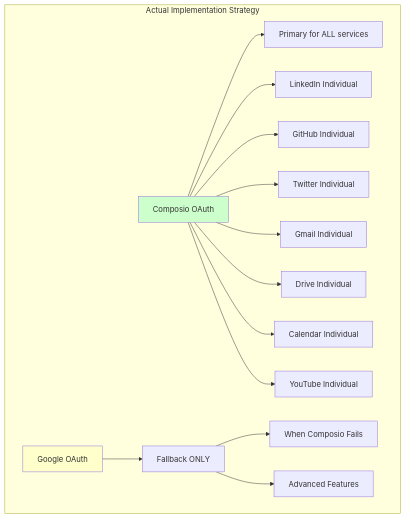
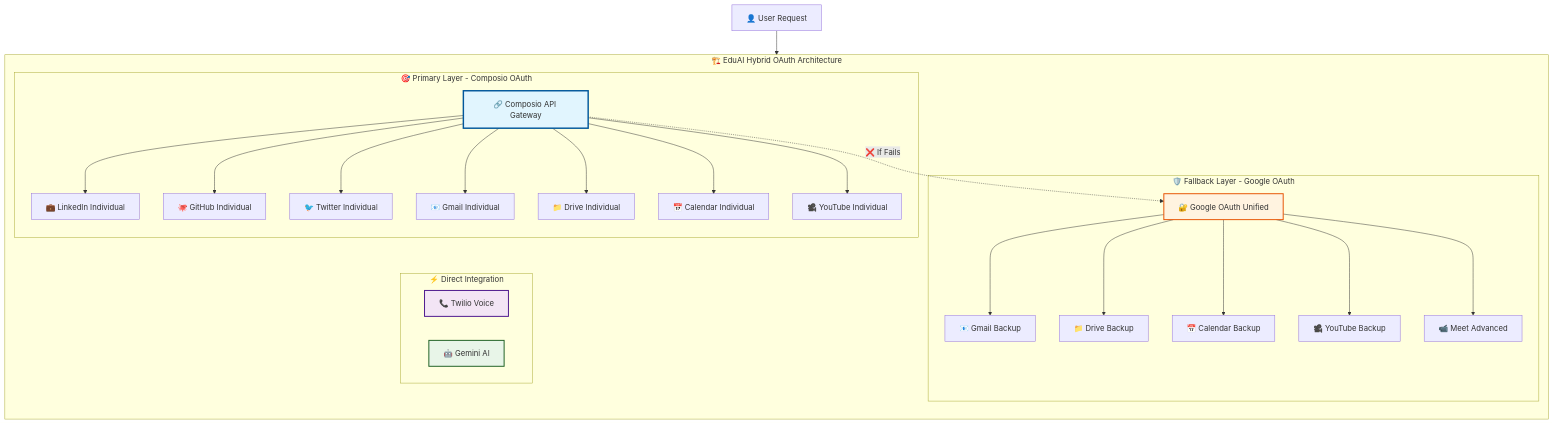
Before and after one commit to abhiabhi150614/learning-recruiter-platform: the third of 15 diagrams in FRICTION_LOG.md, drawn with Mermaid. The commit also changed other lines of this file, not shown here.

````diff
--- a/FRICTION_LOG.md
+++ b/FRICTION_LOG.md
@@ -139,20 +139,39 @@
 ```mermaid
-graph TB
-    subgraph "Actual Implementation Strategy"
-        A[Composio OAuth] --> B[Primary for ALL services]
-        A --> C[LinkedIn Individual]
-        A --> D[GitHub Individual]
-        A --> E[Twitter Individual]
-        A --> F[Gmail Individual]
-        A --> G[Drive Individual]
-        A --> H[Calendar Individual]
-        A --> I[YouTube Individual]
+flowchart TB
+    subgraph "🏗️ EduAI Hybrid OAuth Architecture"
+        direction TB
         
-        J[Google OAuth] --> K[Fallback ONLY]
-        K --> L[When Composio Fails]
-        K --> M[Advanced Features]
+        subgraph "🎯 Primary Layer - Composio OAuth"
+            A["🔗 Composio API Gateway"]
+            A --> B["💼 LinkedIn Individual"]
+            A --> C["🐙 GitHub Individual"]
+            A --> D["🐦 Twitter Individual"]
+            A --> E["📧 Gmail Individual"]
+            A --> F["📁 Drive Individual"]
+            A --> G["📅 Calendar Individual"]
+            A --> H["🎥 YouTube Individual"]
+        end
+        
+        subgraph "🛡️ Fallback Layer - Google OAuth"
+            I["🔐 Google OAuth Unified"]
+            I --> J["📧 Gmail Backup"]
+            I --> K["📁 Drive Backup"]
+            I --> L["📅 Calendar Backup"]
+            I --> M["🎥 YouTube Backup"]
+            I --> N["📹 Meet Advanced"]
+        end
+        
+        subgraph "⚡ Direct Integration"
+            O["📞 Twilio Voice"]
+            P["🤖 Gemini AI"]
+        end
     end
     
-    style A fill:#ccffcc
-    style J fill:#ffffcc
+    Q["👤 User Request"] --> A
+    A -.->|"❌ If Fails"| I
+    
+    style A fill:#e1f5fe,stroke:#01579b,stroke-width:3px
+    style I fill:#fff3e0,stroke:#e65100,stroke-width:2px
+    style O fill:#f3e5f5,stroke:#4a148c,stroke-width:2px
+    style P fill:#e8f5e8,stroke:#1b5e20,stroke-width:2px
 ```
````
